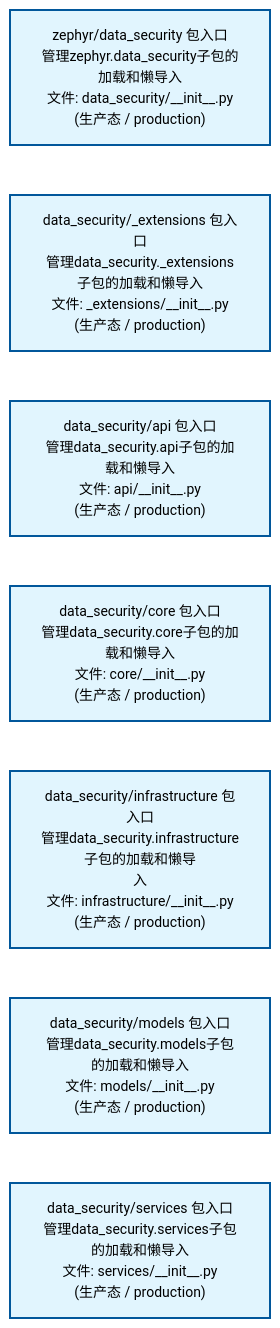
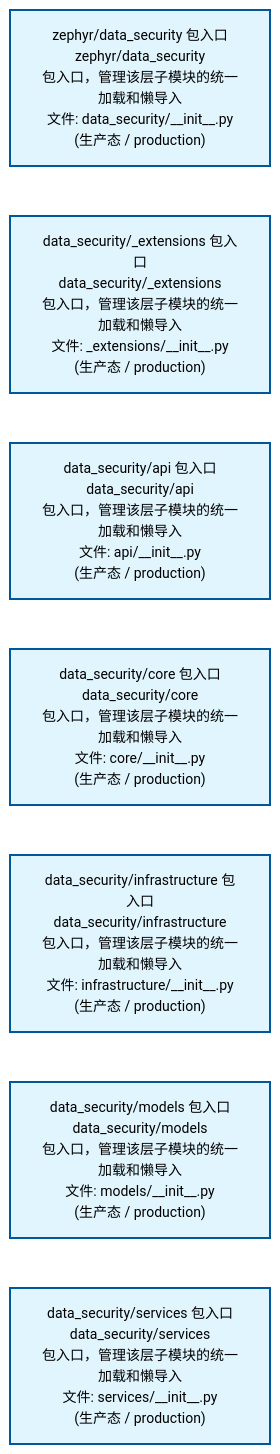
One commit to xuanFelixVan/ZephyrAlpha changed the first of 2 diagrams in docs/02_enterprise_architecture/02_domain_architecture_docs/14_d_data_sec.md. Above: the diagram before and after it, drawn with Mermaid. The commit also changed other lines of this file and 58 other files, not shown here.

````diff
--- a/docs/02_enterprise_architecture/02_domain_architecture_docs/14_d_data_sec.md
+++ b/docs/02_enterprise_architecture/02_domain_architecture_docs/14_d_data_sec.md
@@ -53,22 +53,22 @@
 ```mermaid
 %%{init: {'theme': 'base', 'themeVariables': {'primaryColor': '#eaeaea', 'primaryTextColor': '#333333', 'primaryBorderColor': '#666666', 'lineColor': '#666666', 'secondaryColor': '#eaeaea', 'tertiaryColor': '#eaeaea', 'fontSize': '14px'}}}%%
 flowchart TD
-    src_zephyr_data_security_init_py["zephyr/data_security 包入口<br/>管理zephyr.data_security子包的加载和懒导入<br/>文件: data_security/__init__.py<br/>(生产态 / production)"]
-    src_zephyr_data_security_extensions_init_py["data_security/_extensions 包入口<br/>管理data_security._extensions子包的加载和懒导入<br/>文件: _extensions/__init__.py<br/>(生产态 / production)"]
-    src_zephyr_data_security_api_init_py["data_security/api 包入口<br/>管理data_security.api子包的加载和懒导入<br/>文件: api/__init__.py<br/>(生产态 / production)"]
-    src_zephyr_data_security_core_init_py["data_security/core 包入口<br/>管理data_security.core子包的加载和懒导入<br/>文件: core/__init__.py<br/>(生产态 / production)"]
-    src_zephyr_data_security_infrastructure_init_py["data_security/infrastructure 包入口<br/>管理data_security.infrastructure子包的加载和懒导<br/>入<br/>文件: infrastructure/__init__.py<br/>(生产态 / production)"]
-    src_zephyr_data_security_models_init_py["data_security/models 包入口<br/>管理data_security.models子包的加载和懒导入<br/>文件: models/__init__.py<br/>(生产态 / production)"]
-    src_zephyr_data_security_services_init_py["data_security/services 包入口<br/>管理data_security.services子包的加载和懒导入<br/>文件: services/__init__.py<br/>(生产态 / production)"]
+    src_zephyr_data_security_init_py["zephyr/data_security 包入口<br/>zephyr/data_security<br/>包入口，管理该层子模块的统一加载和懒导入<br/>文件: data_security/__init__.py<br/>(生产态 / production)"]
+    src_zephyr_data_security_extensions_init_py["data_security/_extensions 包入口<br/>data_security/_extensions<br/>包入口，管理该层子模块的统一加载和懒导入<br/>文件: _extensions/__init__.py<br/>(生产态 / production)"]
+    src_zephyr_data_security_api_init_py["data_security/api 包入口<br/>data_security/api<br/>包入口，管理该层子模块的统一加载和懒导入<br/>文件: api/__init__.py<br/>(生产态 / production)"]
+    src_zephyr_data_security_core_init_py["data_security/core 包入口<br/>data_security/core<br/>包入口，管理该层子模块的统一加载和懒导入<br/>文件: core/__init__.py<br/>(生产态 / production)"]
+    src_zephyr_data_security_infrastructure_init_py["data_security/infrastructure 包入口<br/>data_security/infrastructure<br/>包入口，管理该层子模块的统一加载和懒导入<br/>文件: infrastructure/__init__.py<br/>(生产态 / production)"]
+    src_zephyr_data_security_models_init_py["data_security/models 包入口<br/>data_security/models<br/>包入口，管理该层子模块的统一加载和懒导入<br/>文件: models/__init__.py<br/>(生产态 / production)"]
+    src_zephyr_data_security_services_init_py["data_security/services 包入口<br/>data_security/services<br/>包入口，管理该层子模块的统一加载和懒导入<br/>文件: services/__init__.py<br/>(生产态 / production)"]
     src_zephyr_data_security_init_py ~~~ src_zephyr_data_security_extensions_init_py
     src_zephyr_data_security_extensions_init_py ~~~ src_zephyr_data_security_api_init_py
     src_zephyr_data_security_api_init_py ~~~ src_zephyr_data_security_core_init_py
     src_zephyr_data_security_core_init_py ~~~ src_zephyr_data_security_infrastructure_init_py
     src_zephyr_data_security_infrastructure_init_py ~~~ src_zephyr_data_security_models_init_py
     src_zephyr_data_security_models_init_py ~~~ src_zephyr_data_security_services_init_py
     classDef production fill:#e1f5fe,stroke:#01579b,stroke-width:2px,color:#000
     classDef design fill:#fff3e0,stroke:#e65100,stroke-width:2px,color:#000,stroke-dasharray: 5 5
     classDef external_prod fill:#e8f4fd,stroke:#0277bd,stroke-width:1px,color:#000
     classDef external_design fill:#fff8e7,stroke:#ef6c00,stroke-width:1px,color:#000,stroke-dasharray: 5 5
     class src_zephyr_data_security_init_py,src_zephyr_data_security_extensions_init_py,src_zephyr_data_security_api_init_py,src_zephyr_data_security_core_init_py,src_zephyr_data_security_infrastructure_init_py,src_zephyr_data_security_models_init_py,src_zephyr_data_security_services_init_py production
 ```
````
